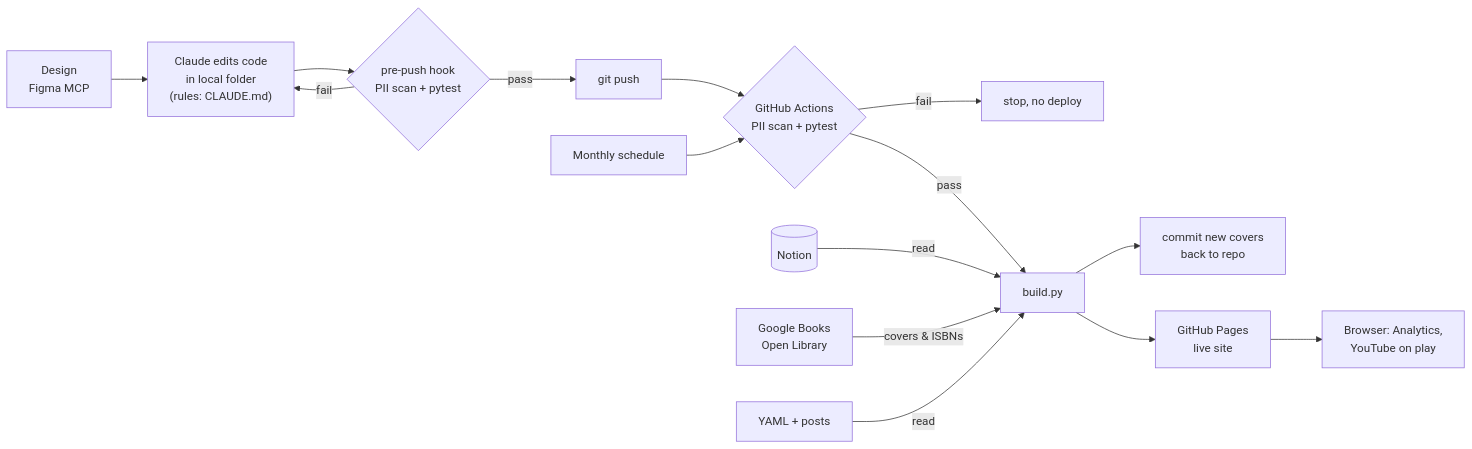
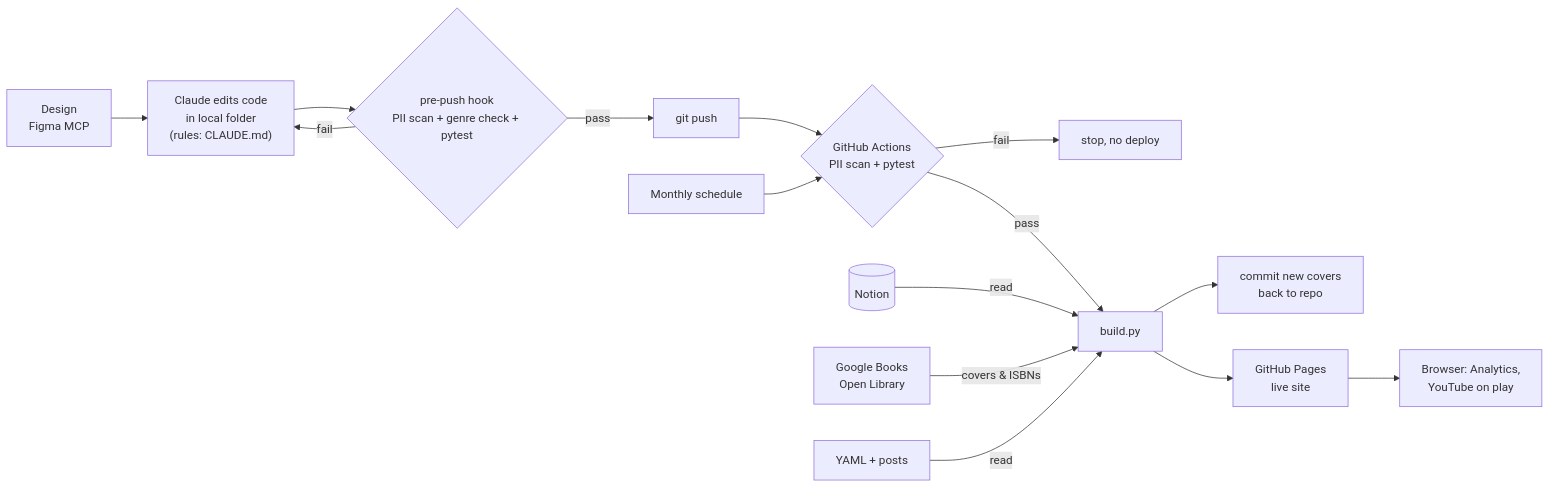
Before and after one commit to maudes/library: the second of 2 diagrams in README.md, drawn with Mermaid. The commit also changed other lines of this file and 10 other files, not shown here.

````diff
--- a/README.md
+++ b/README.md
@@ -65,17 +65,17 @@
 ```mermaid
 flowchart LR
     D["Design<br/>Figma MCP"] --> W["Claude edits code<br/>in local folder<br/>(rules: CLAUDE.md)"]
-    W --> LT{"pre-push hook<br/>PII scan + pytest"}
+    W --> LT{"pre-push hook<br/>PII scan + genre check + pytest"}
     LT -- fail --> W
     LT -- pass --> PU["git push"]
     PU --> CT{"GitHub Actions<br/>PII scan + pytest"}
     CT -- fail --> X["stop, no deploy"]
     CT -- pass --> B["build.py"]
     N[("Notion")] -- read --> B
     G["Google Books<br/>Open Library"] -- covers & ISBNs --> B
     Y["YAML + posts"] -- read --> B
     B --> CA["commit new covers<br/>back to repo"]
     B --> S["GitHub Pages<br/>live site"]
     S --> R["Browser: Analytics,<br/>YouTube on play"]
     M["Monthly schedule"] --> CT
 ```
````
